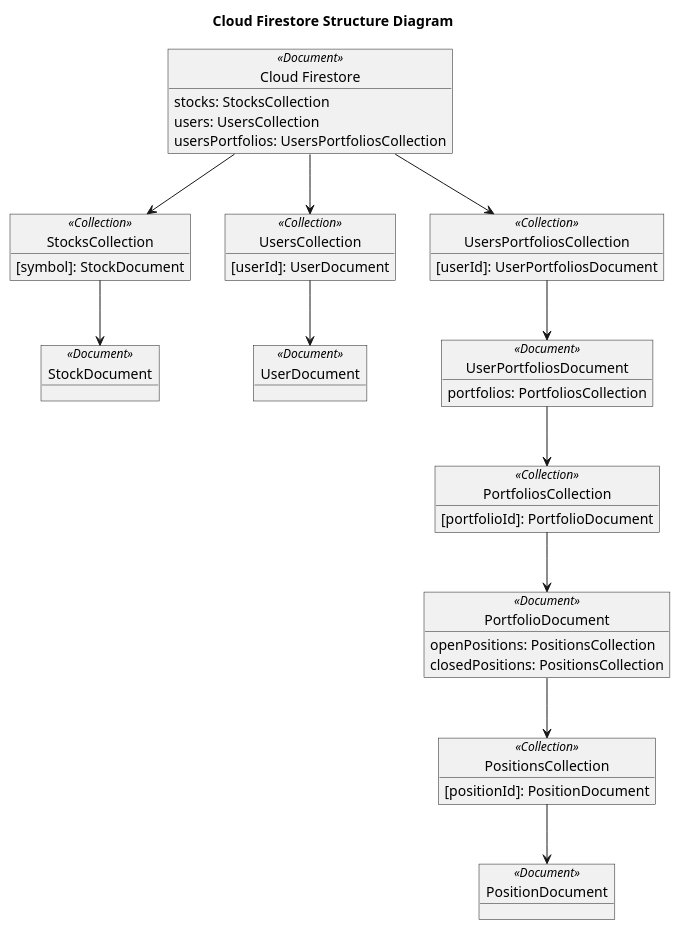
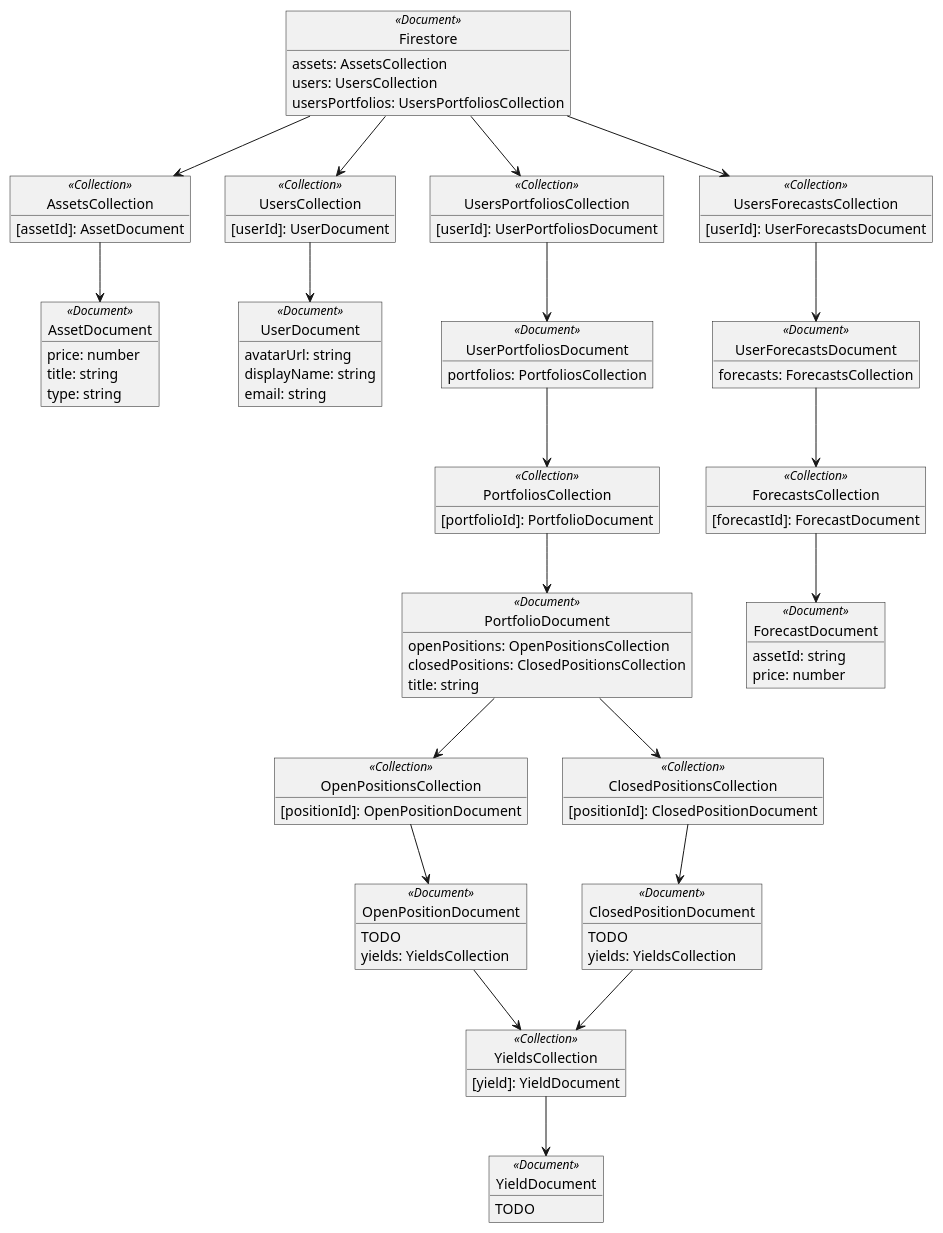
The diagram in docs/diagrams/Cloud-Firestore-Structure.puml (loginov-rocks/Portfolio), drawn with PlantUML before and after one commit. The commit also changed 1 other file, not shown here.

Commit message:
Docs: update Firestore structure, add some notes

```diff
--- a/docs/diagrams/Cloud-Firestore-Structure.puml
+++ b/docs/diagrams/Cloud-Firestore-Structure.puml
@@ -1,62 +1,113 @@
 @startuml
 
-title Cloud Firestore Structure Diagram
-
-object "Cloud Firestore" as CloudFirestore <<Document>> {
-    stocks: StocksCollection
+object Firestore <<Document>> {
+    assets: AssetsCollection
     users: UsersCollection
     usersPortfolios: UsersPortfoliosCollection
 }
 
-object StocksCollection <<Collection>> {
-    [symbol]: StockDocument
+object AssetsCollection <<Collection>> {
+    [assetId]: AssetDocument
 }
 
-object StockDocument <<Document>> {
+object AssetDocument <<Document>> {
+    price: number
+    title: string
+    type: string
 }
 
 object UsersCollection <<Collection>> {
     [userId]: UserDocument
 }
 
 object UserDocument <<Document>> {
+    avatarUrl: string
+    displayName: string
+    email: string
 }
 
 object UsersPortfoliosCollection <<Collection>> {
     [userId]: UserPortfoliosDocument
 }
 
 object UserPortfoliosDocument <<Document>> {
     portfolios: PortfoliosCollection
 }
 
 object PortfoliosCollection <<Collection>> {
     [portfolioId]: PortfolioDocument
 }
 
 object PortfolioDocument <<Document>> {
-    openPositions: PositionsCollection
-    closedPositions: PositionsCollection
+    openPositions: OpenPositionsCollection
+    closedPositions: ClosedPositionsCollection
+    title: string
 }
 
-object PositionsCollection <<Collection>> {
-    [positionId]: PositionDocument
+object OpenPositionsCollection <<Collection>> {
+    [positionId]: OpenPositionDocument
 }
 
-object PositionDocument <<Document>> {
+object OpenPositionDocument <<Document>> {
+    TODO
+    yields: YieldsCollection
 }
 
-CloudFirestore --> StocksCollection
-StocksCollection --> StockDocument
+object ClosedPositionsCollection <<Collection>> {
+    [positionId]: ClosedPositionDocument
+}
 
-CloudFirestore --> UsersCollection
+object ClosedPositionDocument <<Document>> {
+    TODO
+    yields: YieldsCollection
+}
+
+object YieldsCollection <<Collection>> {
+    [yield]: YieldDocument
+}
+
+object YieldDocument <<Document>> {
+    TODO
+}
+
+object UsersForecastsCollection <<Collection>> {
+    [userId]: UserForecastsDocument
+}
+
+object UserForecastsDocument <<Document>> {
+    forecasts: ForecastsCollection
+}
+
+object ForecastsCollection <<Collection>> {
+    [forecastId]: ForecastDocument
+}
+
+object ForecastDocument <<Document>> {
+    assetId: string
+    price: number
+}
+
+Firestore --> AssetsCollection
+AssetsCollection --> AssetDocument
+
+Firestore --> UsersCollection
 UsersCollection --> UserDocument
 
-CloudFirestore --> UsersPortfoliosCollection
+Firestore --> UsersPortfoliosCollection
 UsersPortfoliosCollection --> UserPortfoliosDocument
 UserPortfoliosDocument --> PortfoliosCollection
 PortfoliosCollection --> PortfolioDocument
-PortfolioDocument --> PositionsCollection
-PositionsCollection --> PositionDocument
+PortfolioDocument --> OpenPositionsCollection
+OpenPositionsCollection --> OpenPositionDocument
+PortfolioDocument --> ClosedPositionsCollection
+ClosedPositionsCollection --> ClosedPositionDocument
+OpenPositionDocument --> YieldsCollection
+ClosedPositionDocument --> YieldsCollection
+YieldsCollection --> YieldDocument
+
+Firestore --> UsersForecastsCollection
+UsersForecastsCollection --> UserForecastsDocument
+UserForecastsDocument --> ForecastsCollection
+ForecastsCollection --> ForecastDocument
 
 @enduml
```
